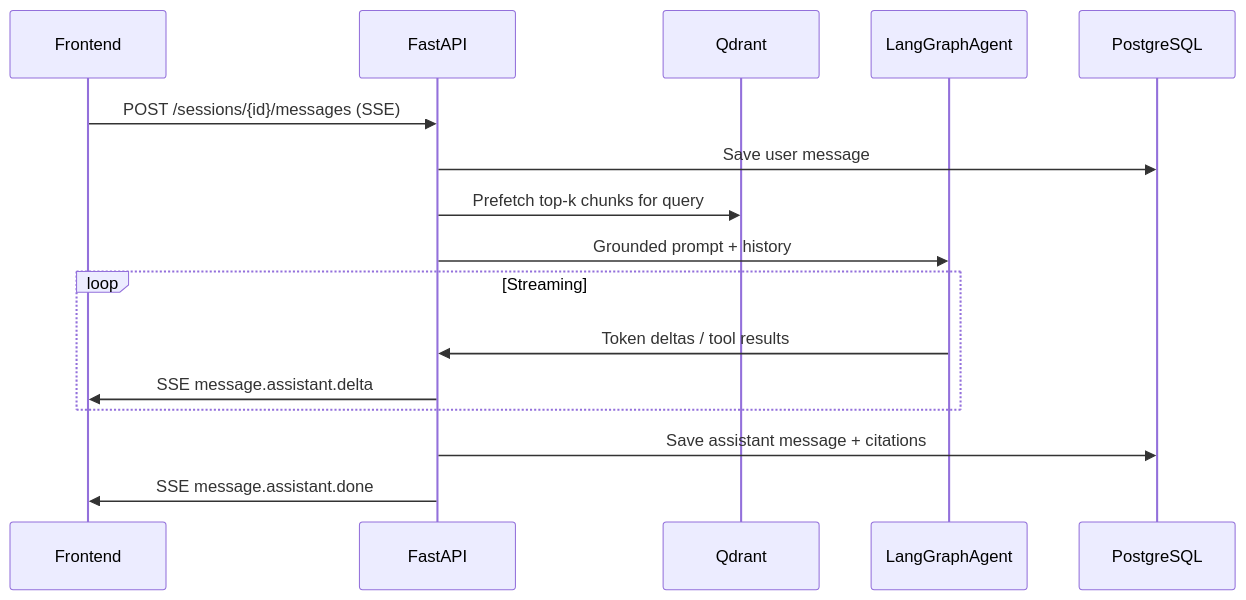
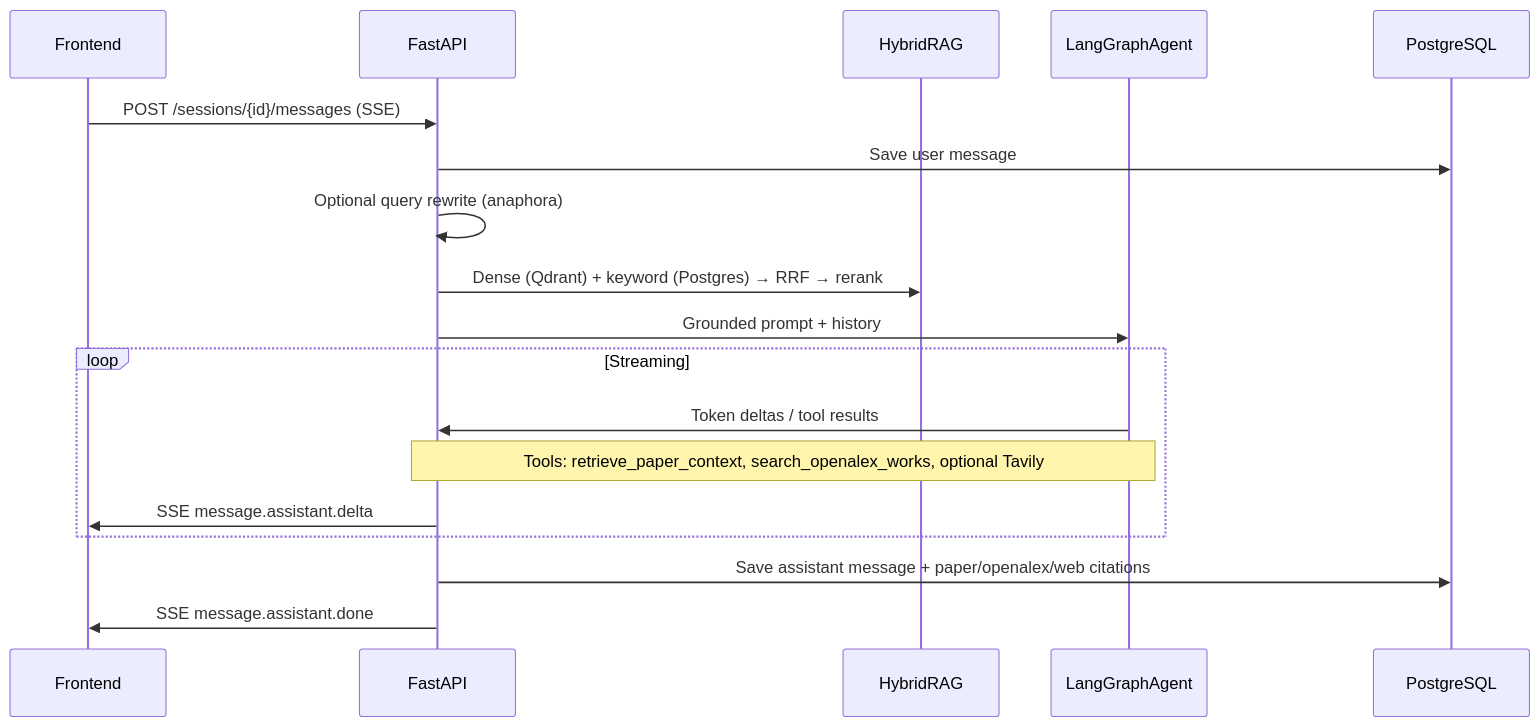
Before and after one commit to Parth-Hariyani3001/Inqurio: the diagram in README.md, drawn with Mermaid. The commit also changed other lines of this file and 2 other files, not shown here.

````diff
--- a/README.md
+++ b/README.md
@@ -51,19 +54,21 @@
 ```mermaid
 sequenceDiagram
   participant UI as Frontend
   participant API as FastAPI
-  participant RAG as Qdrant
+  participant RAG as HybridRAG
   participant Agent as LangGraphAgent
   participant DB as PostgreSQL
 
   UI->>API: POST /sessions/{id}/messages (SSE)
   API->>DB: Save user message
-  API->>RAG: Prefetch top-k chunks for query
+  API->>API: Optional query rewrite (anaphora)
+  API->>RAG: Dense (Qdrant) + keyword (Postgres) → RRF → rerank
   API->>Agent: Grounded prompt + history
   loop Streaming
     Agent->>API: Token deltas / tool results
+    Note over Agent,API: Tools: retrieve_paper_context, search_openalex_works, optional Tavily
     API->>UI: SSE message.assistant.delta
   end
-  API->>DB: Save assistant message + citations
+  API->>DB: Save assistant message + paper/openalex/web citations
   API->>UI: SSE message.assistant.done
 ```
````
